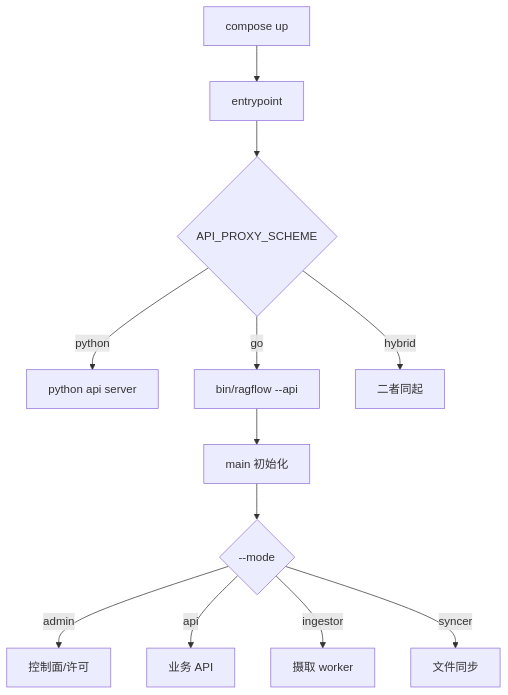
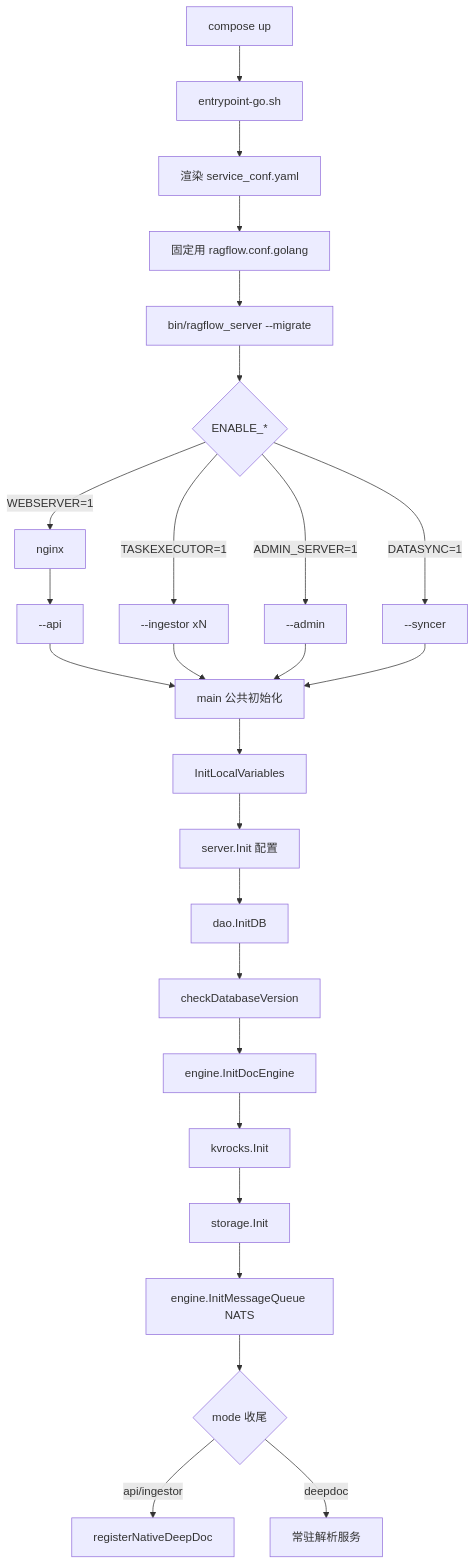
Before and after one commit to morehao/oss-insights: the second of 3 diagrams in ai-agent/ragflow/architecture.md, drawn with Mermaid. The commit also changed other lines of this file and 25 other files, not shown here.

First line of the commit message:
docs(ragflow): refresh insight docs for v1.0.0-rc1 Go rewrite and restructure architecture design (#50)

````diff
--- a/ai-agent/ragflow/architecture.md
+++ b/ai-agent/ragflow/architecture.md
@@ -138,14 +178,22 @@
 ```mermaid
 flowchart TD
-    A[compose up] --> B[entrypoint]
-    B --> C{API_PROXY_SCHEME}
-    C -->|python| P[python api server]
-    C -->|go| G[bin/ragflow --api]
-    C -->|hybrid| H[二者同起]
-    G --> M[main 初始化]
-    M --> MODE{--mode}
-    MODE -->|admin| AD[控制面/许可]
-    MODE -->|api| API[业务 API]
-    MODE -->|ingestor| IN[摄取 worker]
-    MODE -->|syncer| SY[文件同步]
+    A[compose up] --> B[entrypoint-go.sh]
+    B --> B1[渲染 service_conf.yaml]
+    B1 --> B2[固定用 ragflow.conf.golang]
+    B2 --> B3[bin/ragflow_server --migrate]
+    B3 --> B4{ENABLE_*}
+    B4 -->|DATASYNC=1| SY[--syncer]
+    B4 -->|ADMIN_SERVER=1| AD[--admin]
+    B4 -->|WEBSERVER=1| NG[nginx] --> API[--api]
+    B4 -->|TASKEXECUTOR=1| IN[--ingestor xN]
+    API --> M[main 公共初始化]
+    IN --> M
+    AD --> M
+    SY --> M
+    M --> M1[InitLocalVariables] --> M2[server.Init 配置] --> M3[dao.InitDB]
+    M3 --> M4[checkDatabaseVersion] --> M5[engine.InitDocEngine] --> M6[kvrocks.Init]
+    M6 --> M7[storage.Init] --> M8[engine.InitMessageQueue NATS]
+    M8 --> MODE{mode 收尾}
+    MODE -->|api/ingestor| DD[registerNativeDeepDoc]
+    MODE -->|deepdoc| DS[常驻解析服务]
 ```
````
